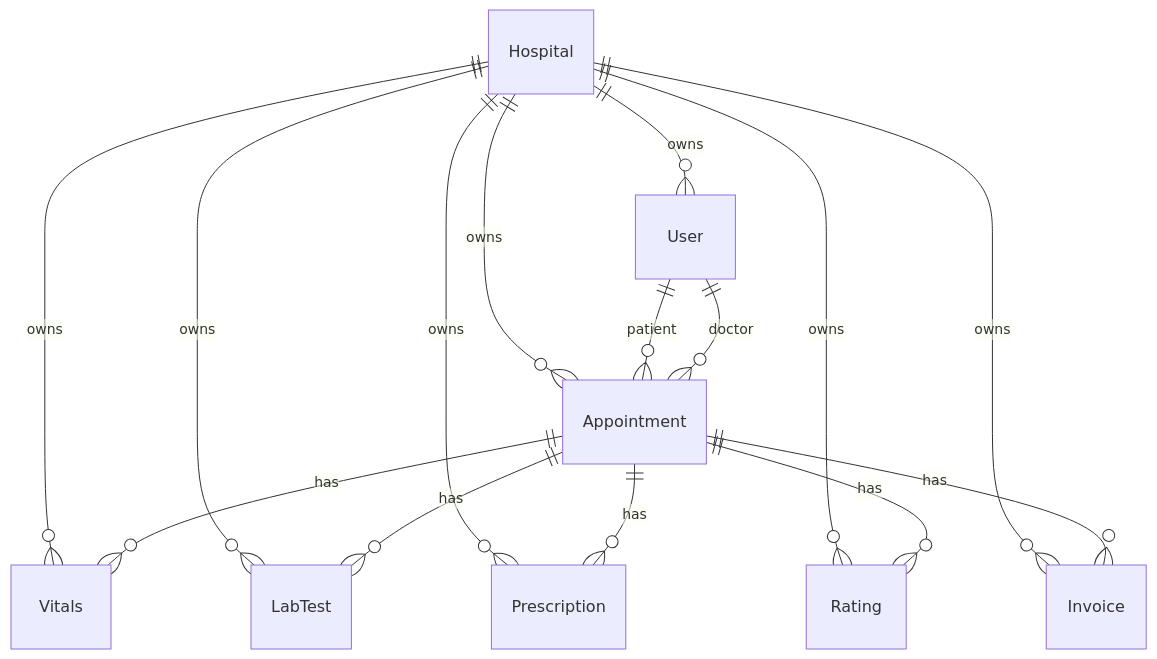
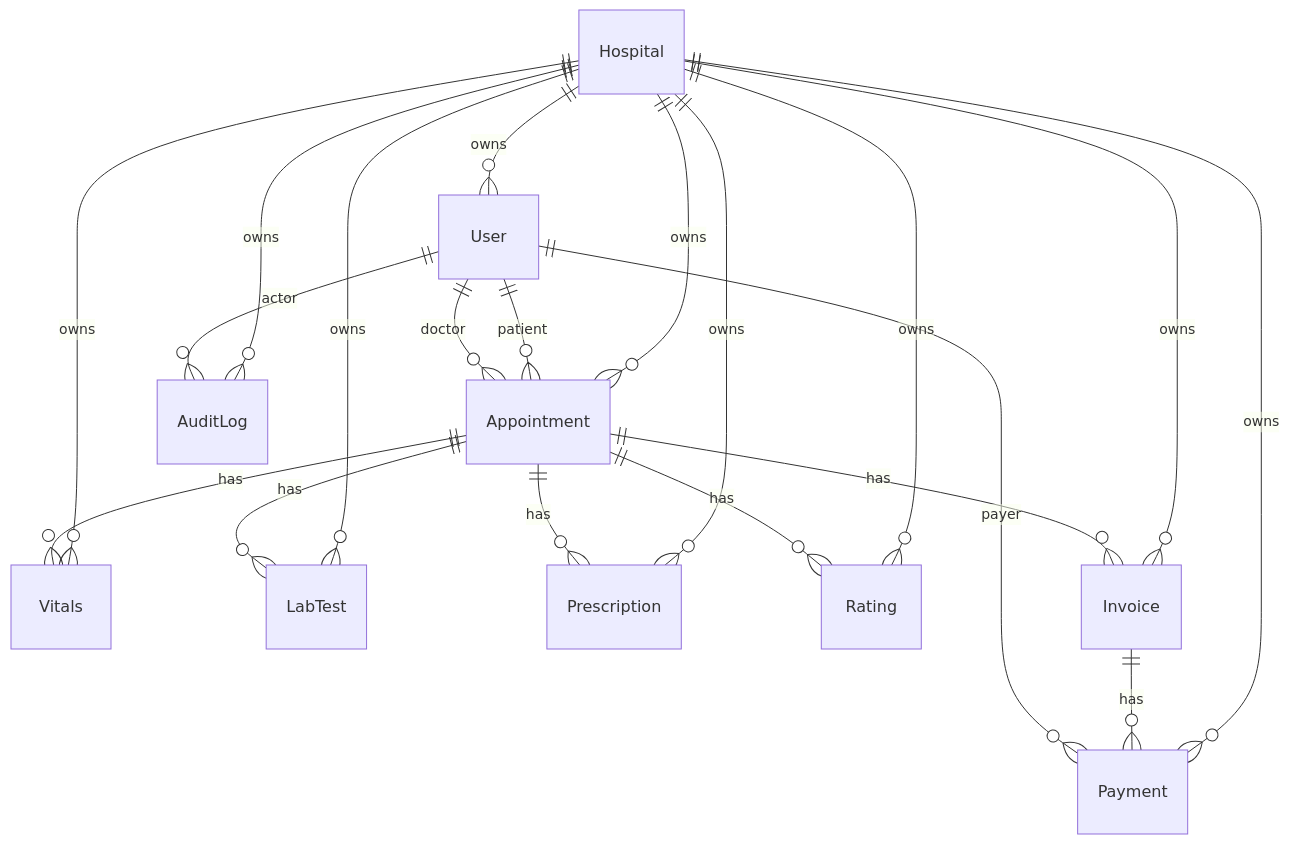
Before and after one commit to eklavyamathur9/pulse-hms-platform: the fifth of 6 diagrams in docs/architecture.md, drawn with Mermaid. The commit also changed other lines of this file and 40 other files, not shown here.

````diff
--- a/docs/architecture.md
+++ b/docs/architecture.md
@@ -210,18 +287,23 @@
 ```mermaid
 erDiagram
   Hospital ||--o{ User : owns
   Hospital ||--o{ Appointment : owns
   Hospital ||--o{ Vitals : owns
   Hospital ||--o{ LabTest : owns
   Hospital ||--o{ Prescription : owns
   Hospital ||--o{ Rating : owns
   Hospital ||--o{ Invoice : owns
+  Hospital ||--o{ Payment : owns
+  Hospital ||--o{ AuditLog : owns
 
   User ||--o{ Appointment : patient
   User ||--o{ Appointment : doctor
   Appointment ||--o{ Vitals : has
   Appointment ||--o{ LabTest : has
   Appointment ||--o{ Prescription : has
   Appointment ||--o{ Rating : has
   Appointment ||--o{ Invoice : has
+  Invoice ||--o{ Payment : has
+  User ||--o{ Payment : payer
+  User ||--o{ AuditLog : actor
 ```
````
